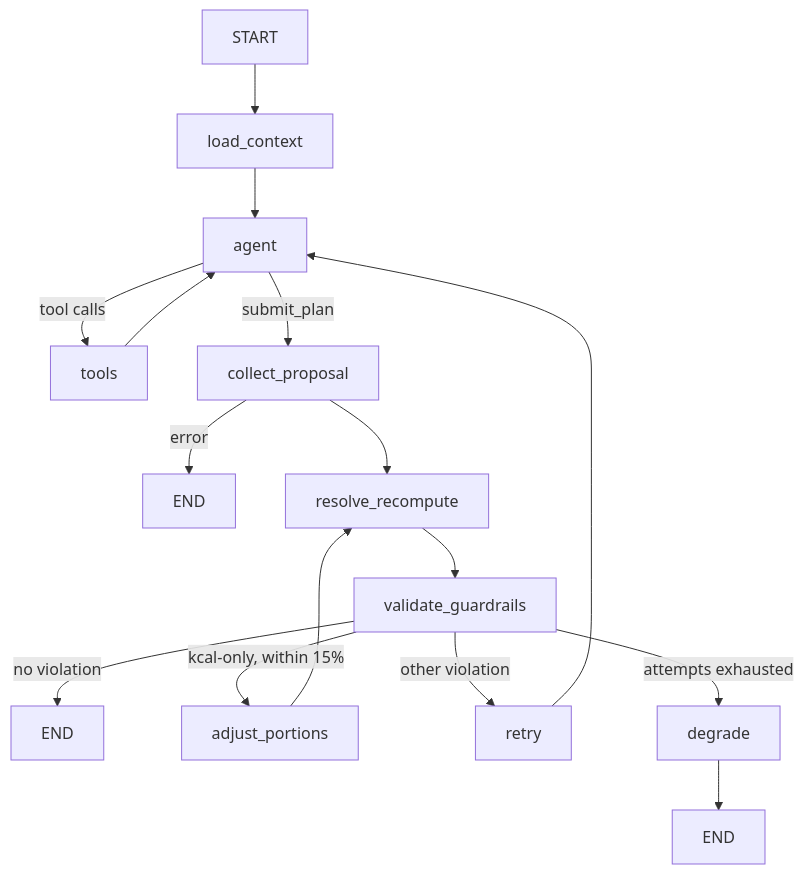
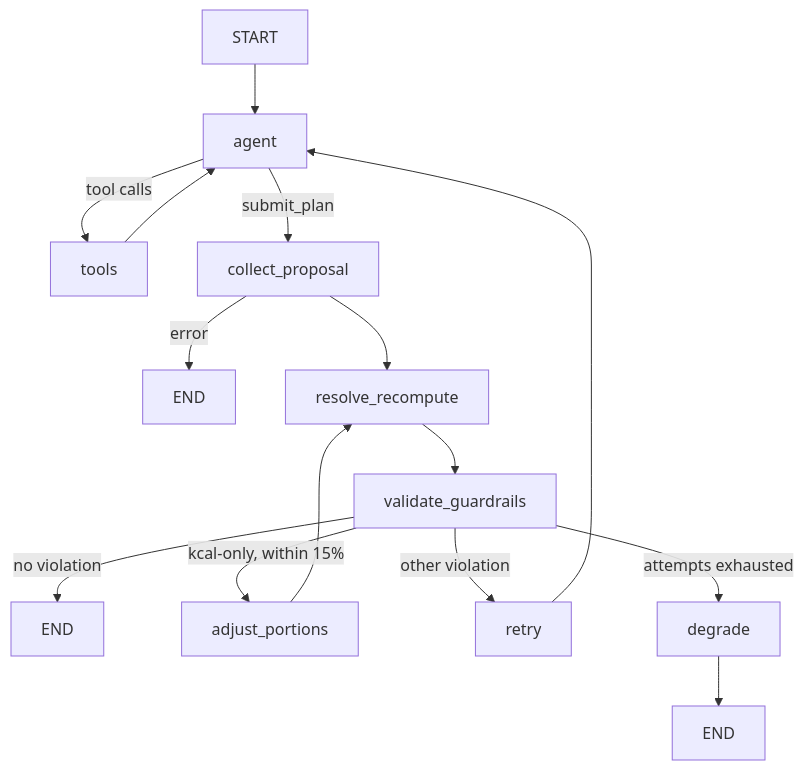
The diagram in README.md (melodynadeauu/GenPlanAliment), drawn with Mermaid before and after one commit. The commit also changed 1 other file, not shown here.

Commit message:
Remove loadcontext

````diff
--- a/README.md
+++ b/README.md
@@ -82,18 +82,17 @@
 ```mermaid
 flowchart TD
-    START --> load_context
-    load_context --> agent
+    START --> agent
     agent -->|tool calls| tools
     tools --> agent
     agent -->|submit_plan| collect_proposal
     collect_proposal -->|error| END1[END]
     collect_proposal --> resolve_recompute
     resolve_recompute --> validate_guardrails
     validate_guardrails -->|no violation| END2[END]
     validate_guardrails -->|kcal-only, within 15%| adjust_portions
     validate_guardrails -->|other violation| retry
     validate_guardrails -->|attempts exhausted| degrade
     adjust_portions --> resolve_recompute
     retry --> agent
     degrade --> END3[END]
 ```
````
